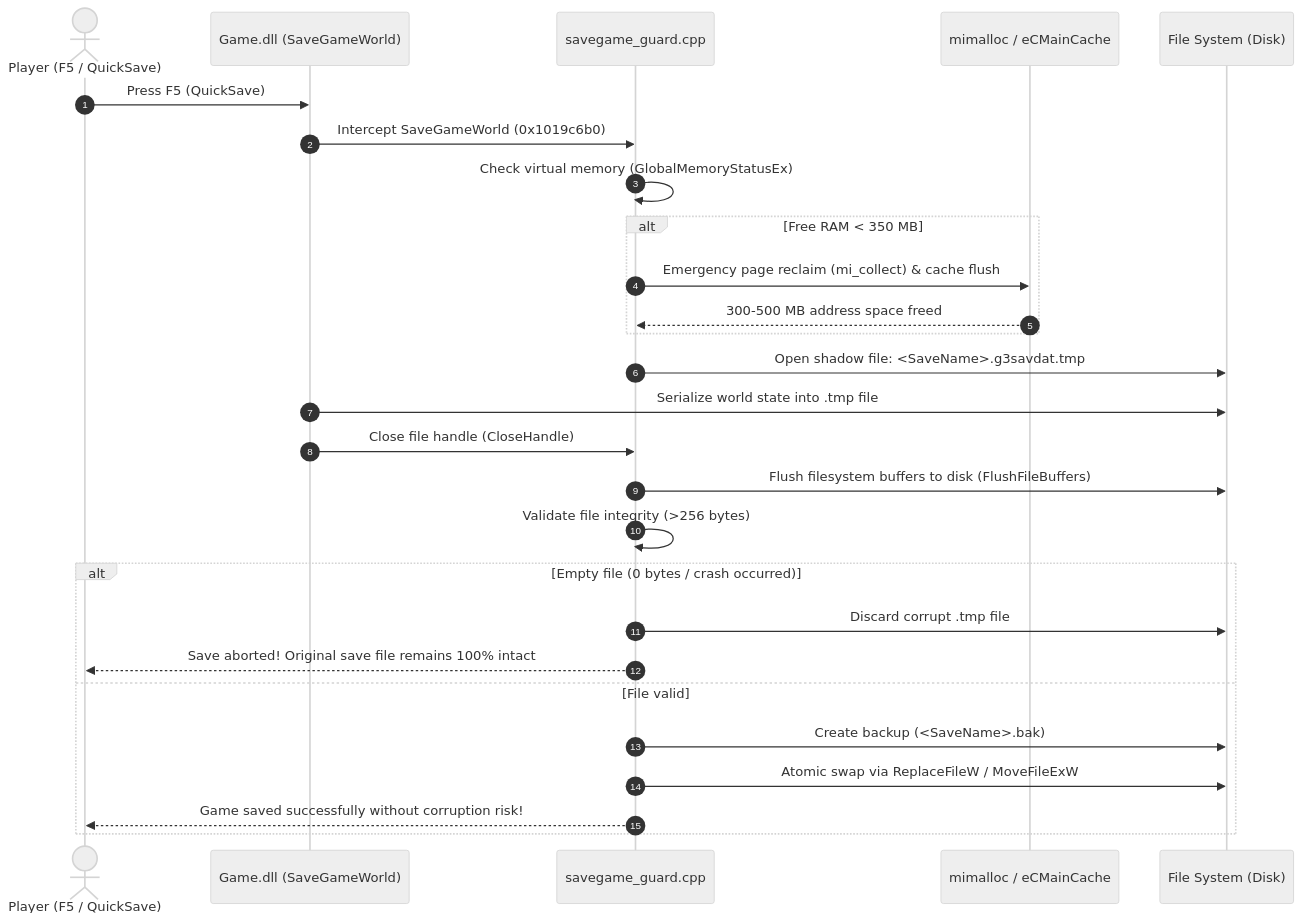
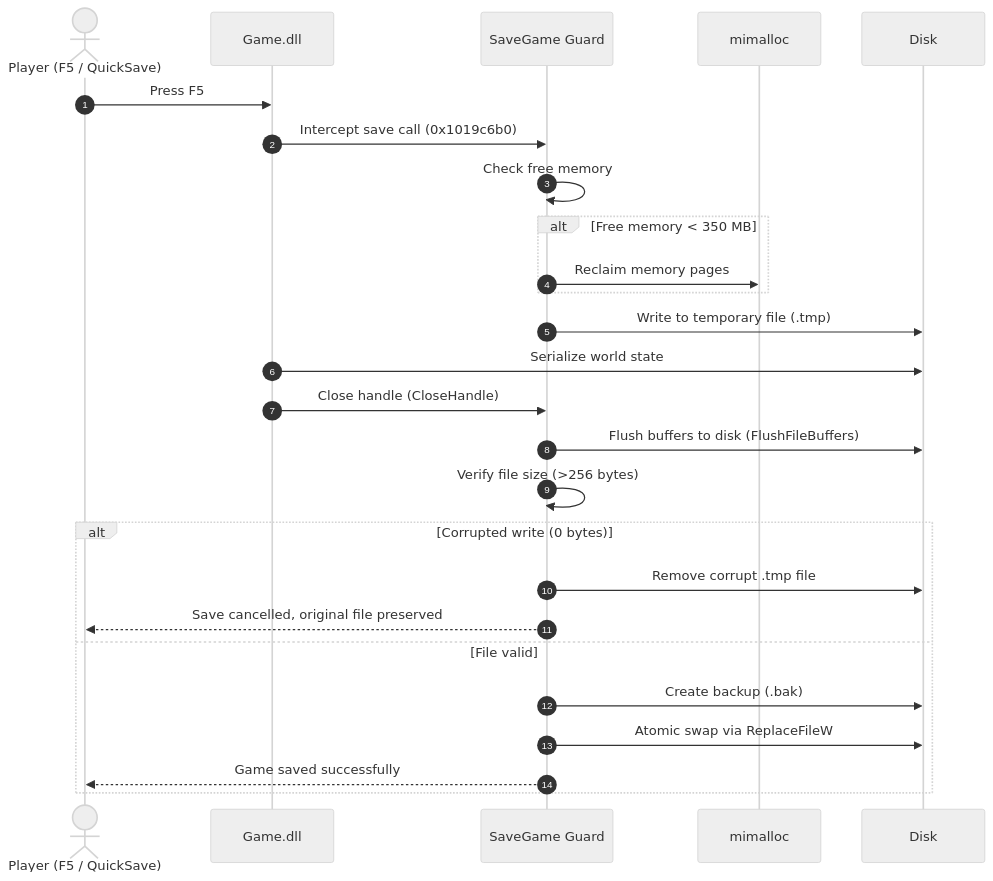
Before and after one commit to VadimGlinskiy/G3O: the second of 2 diagrams in README_en.md, drawn with Mermaid (neutral theme). The commit also changed other lines of this file and 1 other file, not shown here.

Commit message:
Clean documentation style: remove AI clichés, replace em-dashes with standard hyphens, streamline descriptions

````diff
--- a/README_en.md
+++ b/README_en.md
@@ -131,30 +130,29 @@
 ```mermaid
 sequenceDiagram
     autonumber
     actor Player as Player (F5 / QuickSave)
-    participant Game as Game.dll (SaveGameWorld)
-    participant Guard as savegame_guard.cpp
-    participant Memory as mimalloc / eCMainCache
-    participant Disk as File System (Disk)
+    participant Game as Game.dll
+    participant Guard as SaveGame Guard
+    participant Memory as mimalloc
+    participant Disk as Disk
 
-    Player->>Game: Press F5 (QuickSave)
-    Game->>Guard: Intercept SaveGameWorld (0x1019c6b0)
-    Guard->>Guard: Check virtual memory (GlobalMemoryStatusEx)
-    alt Free RAM < 350 MB
-        Guard->>Memory: Emergency page reclaim (mi_collect) & cache flush
-        Memory-->>Guard: 300-500 MB address space freed
+    Player->>Game: Press F5
+    Game->>Guard: Intercept save call (0x1019c6b0)
+    Guard->>Guard: Check free memory
+    alt Free memory < 350 MB
+        Guard->>Memory: Reclaim memory pages
     end
-    Guard->>Disk: Open shadow file: <SaveName>.g3savdat.tmp
-    Game->>Disk: Serialize world state into .tmp file
-    Game->>Guard: Close file handle (CloseHandle)
-    Guard->>Disk: Flush filesystem buffers to disk (FlushFileBuffers)
-    Guard->>Guard: Validate file integrity (>256 bytes)
-    alt Empty file (0 bytes / crash occurred)
-        Guard->>Disk: Discard corrupt .tmp file
-        Guard-->>Player: Save aborted! Original save file remains 100% intact
+    Guard->>Disk: Write to temporary file (.tmp)
+    Game->>Disk: Serialize world state
+    Game->>Guard: Close handle (CloseHandle)
+    Guard->>Disk: Flush buffers to disk (FlushFileBuffers)
+    Guard->>Guard: Verify file size (>256 bytes)
+    alt Corrupted write (0 bytes)
+        Guard->>Disk: Remove corrupt .tmp file
+        Guard-->>Player: Save cancelled, original file preserved
     else File valid
-        Guard->>Disk: Create backup (<SaveName>.bak)
-        Guard->>Disk: Atomic swap via ReplaceFileW / MoveFileExW
-        Guard-->>Player: Game saved successfully without corruption risk!
+        Guard->>Disk: Create backup (.bak)
+        Guard->>Disk: Atomic swap via ReplaceFileW
+        Guard-->>Player: Game saved successfully
     end
 ```
````
